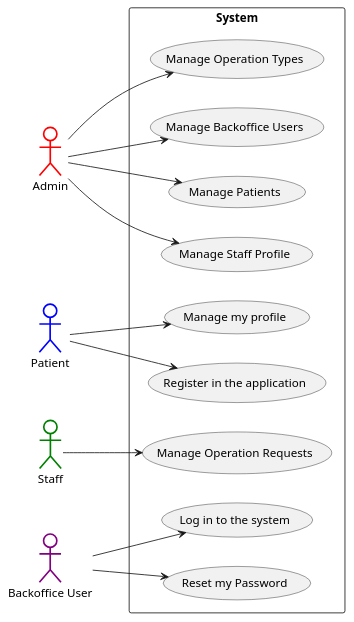
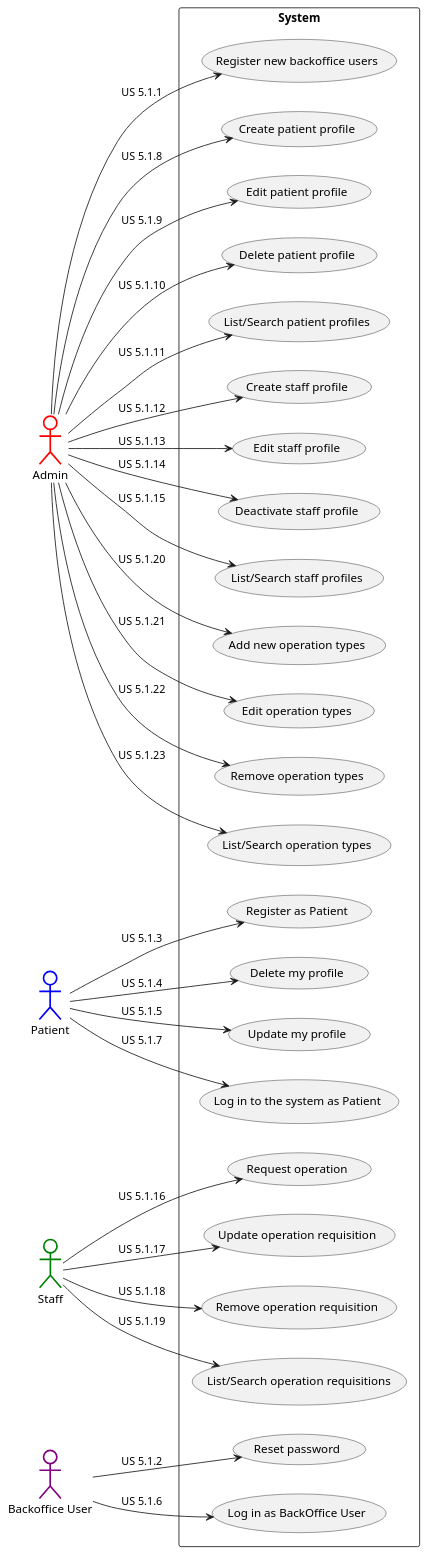
One commit to vscosousa/LAPR5_3DC_G15 changed the diagram in docs/global-artifacts/01.requirements-engineering/puml/use-case-diagram.puml. Above: the diagram before and after it, drawn with PlantUML. The commit also changed 12 other files, not shown here.

Commit message:
ref #8, #9, #3 - Unit tests for US5.1.1, add Mappers to class User and update the Class Diagram

```diff
--- a/docs/global-artifacts/01.requirements-engineering/puml/use-case-diagram.puml
+++ b/docs/global-artifacts/01.requirements-engineering/puml/use-case-diagram.puml
@@ -1,33 +1,60 @@
-@startuml
+@startuml use-case-diagram
 
 left to right direction
 
 actor "Admin" as AD #white;line:red;line.bold;text:black
 actor "Patient" as PA #white;line:blue;line.bold;text:black
 actor "Staff" as ST #white;line:green;line.bold;text:black
 actor "Backoffice User" as BU #white;line:purple;line.bold;text:black
 
 rectangle System { 
-    usecase "Manage Backoffice Users" as US5_1_1
-    usecase "Manage Patients" as US5_1_8_9_10_11
-    usecase "Manage Staff Profile" as US5_1_12_13_14_15
-    usecase "Manage Operation Types" as US5_1_20_21_22_23
-    usecase "Register in the application" as US5_1_3
-    usecase "Manage my profile" as US5_1_4_5
-    usecase "Log in to the system" as US5_1_6
-    usecase "Reset my Password" as US5_1_2
-    usecase "Manage Operation Requests" as US5_1_16_17_18_19
+    usecase "Register new backoffice users" as US5_1_1
+    usecase "Reset password" as US5_1_2
+    usecase "Register as Patient" as US5_1_3
+    usecase "Delete my profile" as US5_1_4
+    usecase "Update my profile" as US5_1_5
+    usecase "Log in as BackOffice User" as US5_1_6
+    usecase "Log in to the system as Patient" as US5_1_7
+    usecase "Create patient profile" as US5_1_8
+    usecase "Edit patient profile" as US5_1_9
+    usecase "Delete patient profile" as US5_1_10
+    usecase "List/Search patient profiles" as US5_1_11
+    usecase "Create staff profile" as US5_1_12
+    usecase "Edit staff profile" as US5_1_13
+    usecase "Deactivate staff profile" as US5_1_14
+    usecase "List/Search staff profiles" as US5_1_15
+    usecase "Request operation" as US5_1_16
+    usecase "Update operation requisition" as US5_1_17
+    usecase "Remove operation requisition" as US5_1_18
+    usecase "List/Search operation requisitions" as US5_1_19
+    usecase "Add new operation types" as US5_1_20
+    usecase "Edit operation types" as US5_1_21
+    usecase "Remove operation types" as US5_1_22
+    usecase "List/Search operation types" as US5_1_23
 }
 
-AD --> US5_1_1
-AD --> US5_1_8_9_10_11
-AD --> US5_1_12_13_14_15
-AD --> US5_1_20_21_22_23
-PA --> US5_1_3
-PA --> US5_1_4_5
-BU --> US5_1_6
-BU --> US5_1_2
-ST --> US5_1_16_17_18_19
-
+AD --> US5_1_1 : "US 5.1.1"
+BU --> US5_1_2 : "US 5.1.2"
+PA --> US5_1_3 : "US 5.1.3"
+PA --> US5_1_4 : "US 5.1.4"
+PA --> US5_1_5 : "US 5.1.5"
+BU --> US5_1_6 : "US 5.1.6"
+PA --> US5_1_7 : "US 5.1.7"
+AD --> US5_1_8 : "US 5.1.8"
+AD --> US5_1_9 : "US 5.1.9"
+AD --> US5_1_10 : "US 5.1.10"
+AD --> US5_1_11 : "US 5.1.11"
+AD --> US5_1_12 : "US 5.1.12"
+AD --> US5_1_13 : "US 5.1.13"
+AD --> US5_1_14 : "US 5.1.14"
+AD --> US5_1_15 : "US 5.1.15"
+ST --> US5_1_16 : "US 5.1.16"
+ST --> US5_1_17 : "US 5.1.17"
+ST --> US5_1_18 : "US 5.1.18"
+ST --> US5_1_19 : "US 5.1.19"
+AD --> US5_1_20 : "US 5.1.20"
+AD --> US5_1_21 : "US 5.1.21"
+AD --> US5_1_22 : "US 5.1.22"
+AD --> US5_1_23 : "US 5.1.23"
 
 @enduml
```
